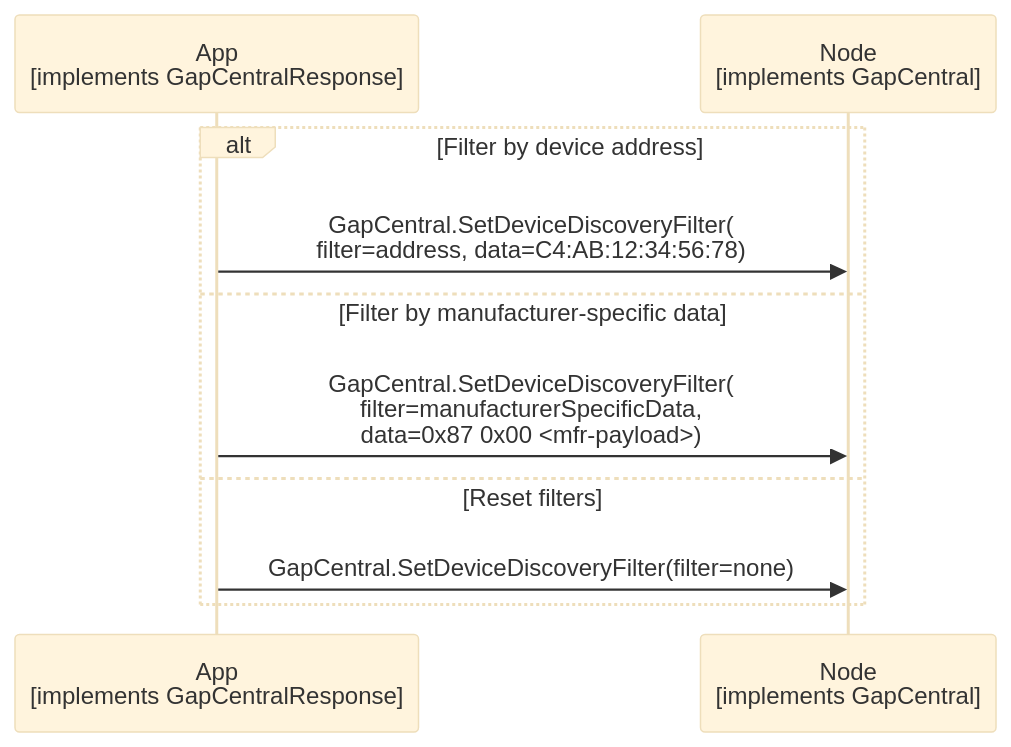
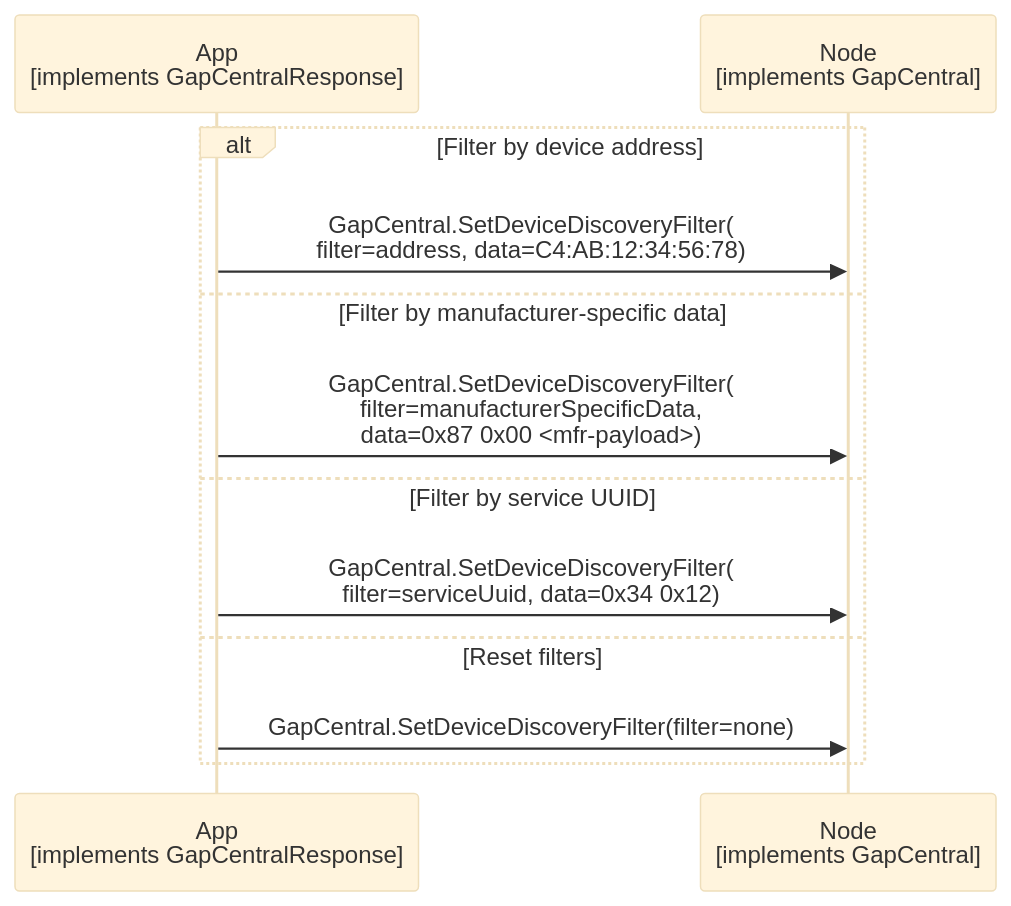
One commit to philips-software/amp-embedded-infra-lib changed the diagram in documents/modules/ROOT/partials/echoservices/gap_central/GapCentral_SetDeviceDiscoveryFilter_sequence.mmd. Above: the diagram before and after it, drawn with Mermaid (base theme). The commit also changed 6 other files, not shown here.

First line of the commit message:
feat(echo/ble): add filtering for service UUID during central device discovery (#1407)

```diff
--- a/documents/modules/ROOT/partials/echoservices/gap_central/GapCentral_SetDeviceDiscoveryFilter_sequence.mmd
+++ b/documents/modules/ROOT/partials/echoservices/gap_central/GapCentral_SetDeviceDiscoveryFilter_sequence.mmd
@@ -1,11 +1,13 @@
 sequenceDiagram
     participant App as App<br>[implements GapCentralResponse]
     participant Node as Node<br>[implements GapCentral]
 
     alt Filter by device address
         App->>Node: GapCentral.SetDeviceDiscoveryFilter(<br>filter=address, data=C4:AB:12:34:56:78)
     else Filter by manufacturer-specific data
         App->>Node: GapCentral.SetDeviceDiscoveryFilter(<br>filter=manufacturerSpecificData,<br>data=0x87 0x00 <mfr-payload>)
+    else Filter by service UUID
+        App->>Node: GapCentral.SetDeviceDiscoveryFilter(<br>filter=serviceUuid, data=0x34 0x12)
     else Reset filters
         App->>Node: GapCentral.SetDeviceDiscoveryFilter(filter=none)
     end
```
